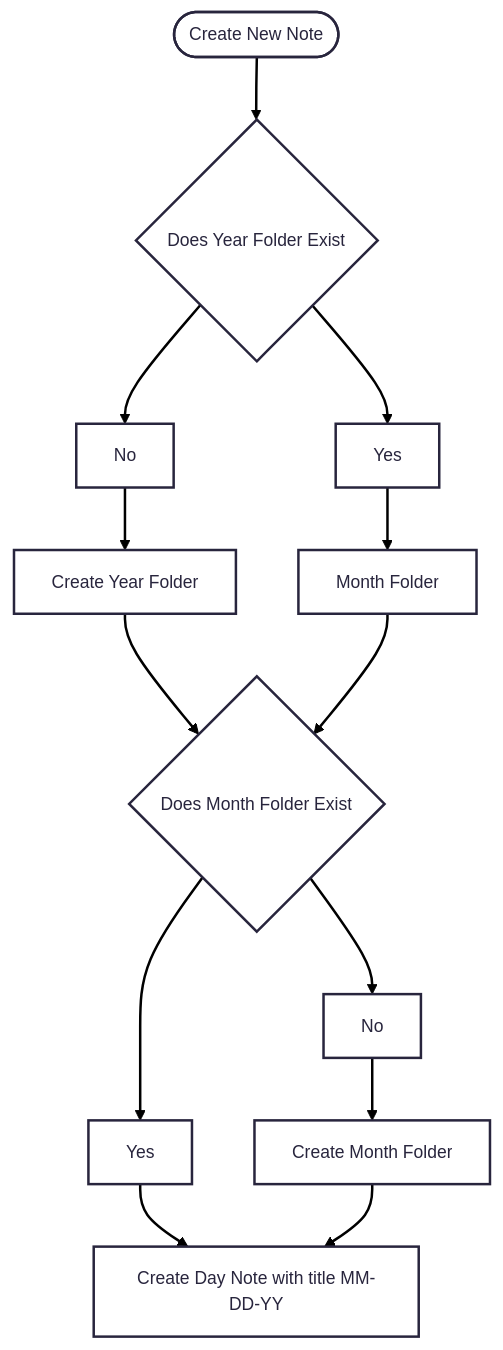
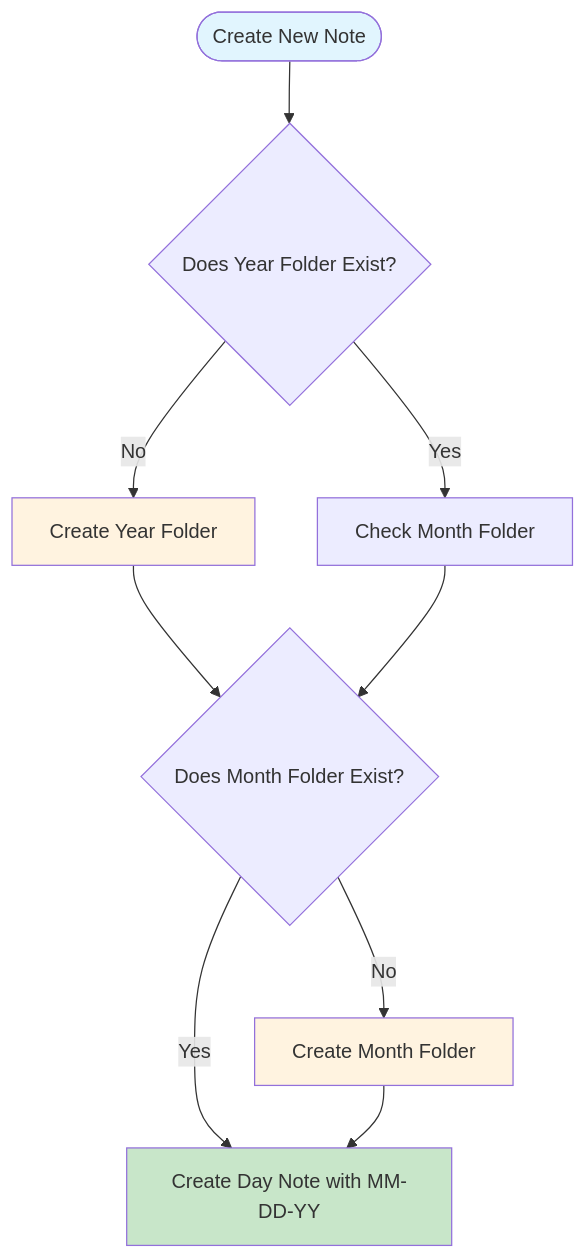
Before and after one commit to zavalalabs/zavalalabs.github.io: the diagram in _posts/2024-04-27-Obsidian-A-Journey.md, drawn with Mermaid.

Commit message:
Refactor Mermaid flowchart for improved clarity in daily notes setup

````diff
--- a/_posts/2024-04-27-Obsidian-A-Journey.md
+++ b/_posts/2024-04-27-Obsidian-A-Journey.md
@@ -84,21 +84,16 @@
 ```mermaid
----
-config:
-      theme: redux
----
 flowchart TD
-        A(["Create New Note"])
-        A --> B{"Does Year Folder Exist"}
-        B --> C["No"]
-        B --> D["Yes"]
-        C["No"] --> E["Create Year Folder"]
-        D["Yes"] --> F["Month Folder"]
-        E --> G{"Does Month Folder Exist"}
-        F --> G{"Does Month Folder Exist"}
-        G{"Does Month Folder Exist"} --> H[Yes]
-        G{"Does Month Folder Exist"} --> I[No]
-        H --> J["Create Day Note with MM-DD-YY"]
-        I --> K["Create Month Folder"]
-        K --> J["Create Day Note with title MM-DD-YY"]
-
+    A(["Create New Note"]) --> B{"Does Year Folder Exist?"}
+    B -->|No| E["Create Year Folder"]
+    B -->|Yes| F["Check Month Folder"]
+    E --> G{"Does Month Folder Exist?"}
+    F --> G
+    G -->|Yes| J["Create Day Note with MM-DD-YY"]
+    G -->|No| K["Create Month Folder"]
+    K --> J
+    
+    style A fill:#e1f5fe
+    style J fill:#c8e6c9
+    style E fill:#fff3e0
+    style K fill:#fff3e0
 ```
````
